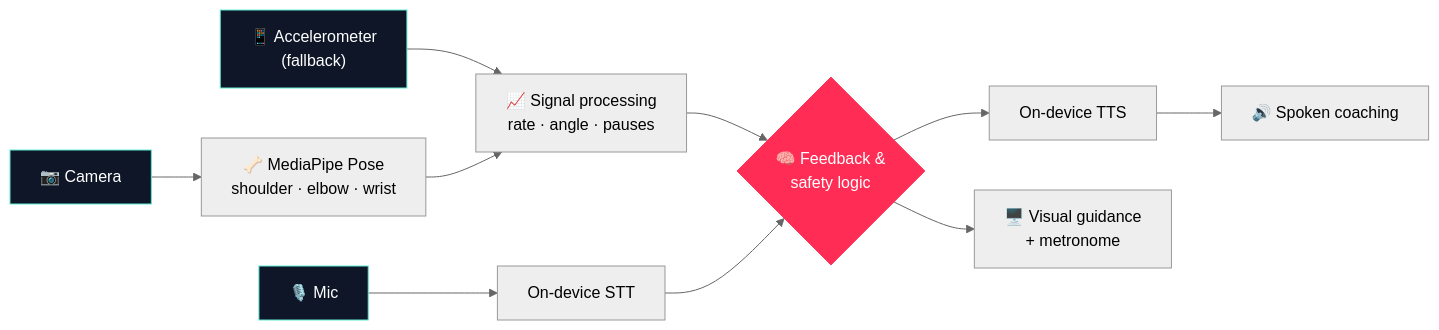
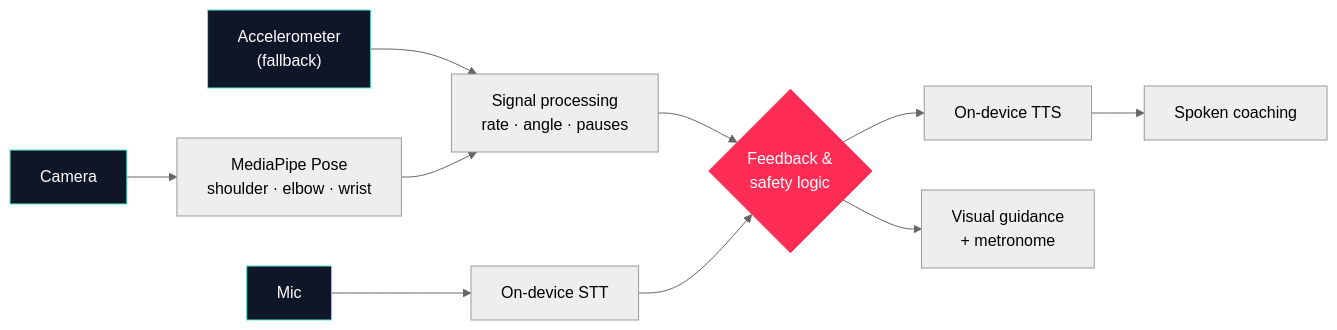
The diagram in README.md (VivekTiwary-25/Zero_flux), drawn with Mermaid (neutral theme) before and after one commit. The commit also changed other lines of this file, not shown here.

````diff
--- a/README.md
+++ b/README.md
@@ -110,15 +110,15 @@
 ```mermaid
 flowchart LR
-    CAM["📷 Camera"] --> POSE["🦴 MediaPipe Pose<br/>shoulder · elbow · wrist"]
-    IMU["📱 Accelerometer<br/>(fallback)"] --> SIG
-    POSE --> SIG["📈 Signal processing<br/>rate · angle · pauses"]
-    SIG --> LOGIC{"🧠 Feedback &<br/>safety logic"}
-    MIC["🎙️ Mic"] --> STT["On-device STT"] --> LOGIC
-    LOGIC --> TTS["On-device TTS"] --> SPK["🔊 Spoken coaching"]
-    LOGIC --> UI["🖥️ Visual guidance<br/>+ metronome"]
+    CAM["Camera"] --> POSE["MediaPipe Pose<br/>shoulder · elbow · wrist"]
+    IMU["Accelerometer<br/>(fallback)"] --> SIG
+    POSE --> SIG["Signal processing<br/>rate · angle · pauses"]
+    SIG --> LOGIC{"Feedback &<br/>safety logic"}
+    MIC["Mic"] --> STT["On-device STT"] --> LOGIC
+    LOGIC --> TTS["On-device TTS"] --> SPK["Spoken coaching"]
+    LOGIC --> UI["Visual guidance<br/>+ metronome"]
 
     style LOGIC fill:#ff2d55,stroke:#ff2d55,color:#fff
     style CAM fill:#0e1628,stroke:#5eead4,color:#fff
     style IMU fill:#0e1628,stroke:#5eead4,color:#fff
     style MIC fill:#0e1628,stroke:#5eead4,color:#fff
 ```
````
